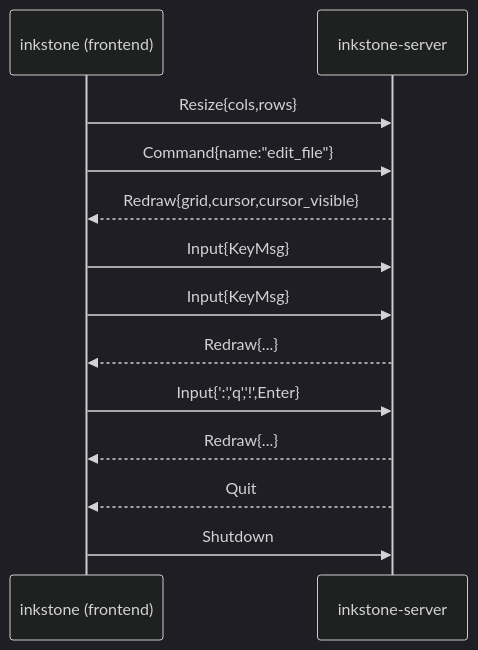
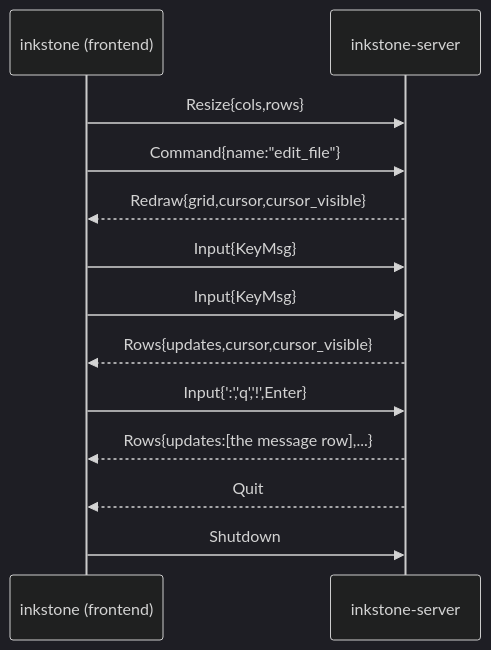
Before and after one commit to Tydwdh/inkstone: the diagram in ARCHITECTURE.md, drawn with Mermaid (dark theme). The commit also changed other lines of this file and 11 other files, not shown here.

First line of the commit message:
docs: README, CHANGELOG, ARCHITECTURE, AGENTS and the design notes

````diff
--- a/ARCHITECTURE.md
+++ b/ARCHITECTURE.md
@@ -33,15 +51,15 @@
 ```mermaid
 sequenceDiagram
     participant F as inkstone (frontend)
     participant D as inkstone-server
     F->>D: Resize{cols,rows}
     F->>D: Command{name:"edit_file"}
     D-->>F: Redraw{grid,cursor,cursor_visible}
     F->>D: Input{KeyMsg}
     F->>D: Input{KeyMsg}
-    D-->>F: Redraw{...}
+    D-->>F: Rows{updates,cursor,cursor_visible}
     F->>D: Input{':','q','!',Enter}
-    D-->>F: Redraw{...}
+    D-->>F: Rows{updates:[the message row],...}
     D-->>F: Quit
     F->>D: Shutdown
 ```
````
